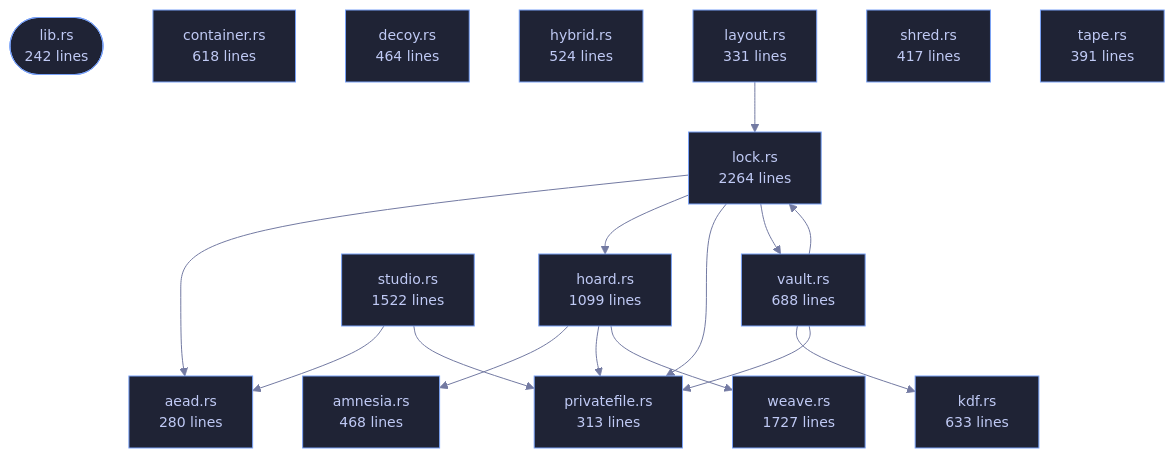
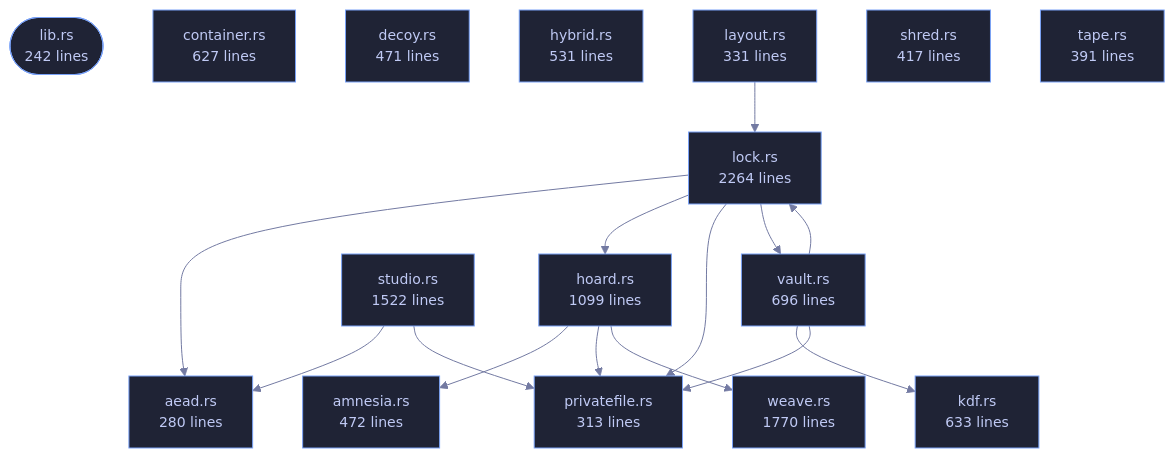
One commit to tilas01/veilvoice changed the diagram in crates/veilvoice-crypto/README.md. Above: the diagram before and after it, drawn with Mermaid. The commit also changed other lines of this file and 130 other files, not shown here.

````diff
--- a/crates/veilvoice-crypto/README.md
+++ b/crates/veilvoice-crypto/README.md
@@ -108,49 +108,49 @@
 ```mermaid
 %%{init: {"theme":"base","themeVariables":{"background":"#1a1b26","primaryColor":"#1f2335","primaryTextColor":"#c0caf5","primaryBorderColor":"#7aa2f7","secondaryColor":"#16161e","tertiaryColor":"#16161e","lineColor":"#737aa2","textColor":"#c0caf5","mainBkg":"#1f2335","nodeBorder":"#7aa2f7","clusterBkg":"#16161e","clusterBorder":"#2f3549","fontFamily":"ui-monospace, SFMono-Regular, Consolas, monospace","fontSize":"14px"}}}%%
 flowchart TD
     n_lib(["lib.rs<br/>242 lines"])
     n_aead["aead.rs<br/>280 lines"]
-    n_amnesia["amnesia.rs<br/>468 lines"]
-    n_container["container.rs<br/>618 lines"]
-    n_decoy["decoy.rs<br/>464 lines"]
+    n_amnesia["amnesia.rs<br/>472 lines"]
+    n_container["container.rs<br/>627 lines"]
+    n_decoy["decoy.rs<br/>471 lines"]
     n_hoard["hoard.rs<br/>1099 lines"]
-    n_hybrid["hybrid.rs<br/>524 lines"]
+    n_hybrid["hybrid.rs<br/>531 lines"]
     n_kdf["kdf.rs<br/>633 lines"]
     n_layout["layout.rs<br/>331 lines"]
     n_lock["lock.rs<br/>2264 lines"]
     n_privatefile["privatefile.rs<br/>313 lines"]
     n_shred["shred.rs<br/>417 lines"]
     n_studio["studio.rs<br/>1522 lines"]
     n_tape["tape.rs<br/>391 lines"]
-    n_vault["vault.rs<br/>688 lines"]
-    n_weave["weave.rs<br/>1727 lines"]
+    n_vault["vault.rs<br/>696 lines"]
+    n_weave["weave.rs<br/>1770 lines"]
     n_hoard --> n_amnesia
     n_hoard --> n_privatefile
     n_hoard --> n_weave
     n_layout --> n_lock
     n_lock --> n_aead
     n_lock --> n_hoard
     n_lock --> n_privatefile
     n_lock --> n_vault
     n_studio --> n_aead
     n_studio --> n_privatefile
     n_vault --> n_kdf
     n_vault --> n_lock
     n_vault --> n_privatefile
     click n_lib href "https://github.com/tilas01/veilvoice/blob/main/crates/veilvoice-crypto/src/lib.rs" "open the source"
     click n_aead href "https://github.com/tilas01/veilvoice/blob/main/crates/veilvoice-crypto/src/aead.rs" "open the source"
     click n_amnesia href "https://github.com/tilas01/veilvoice/blob/main/crates/veilvoice-crypto/src/amnesia.rs" "open the source"
     click n_container href "https://github.com/tilas01/veilvoice/blob/main/crates/veilvoice-crypto/src/container.rs" "open the source"
     click n_decoy href "https://github.com/tilas01/veilvoice/blob/main/crates/veilvoice-crypto/src/decoy.rs" "open the source"
     click n_hoard href "https://github.com/tilas01/veilvoice/blob/main/crates/veilvoice-crypto/src/hoard.rs" "open the source"
     click n_hybrid href "https://github.com/tilas01/veilvoice/blob/main/crates/veilvoice-crypto/src/hybrid.rs" "open the source"
     click n_kdf href "https://github.com/tilas01/veilvoice/blob/main/crates/veilvoice-crypto/src/kdf.rs" "open the source"
     click n_layout href "https://github.com/tilas01/veilvoice/blob/main/crates/veilvoice-crypto/src/layout.rs" "open the source"
     click n_lock href "https://github.com/tilas01/veilvoice/blob/main/crates/veilvoice-crypto/src/lock.rs" "open the source"
     click n_privatefile href "https://github.com/tilas01/veilvoice/blob/main/crates/veilvoice-crypto/src/privatefile.rs" "open the source"
     click n_shred href "https://github.com/tilas01/veilvoice/blob/main/crates/veilvoice-crypto/src/shred.rs" "open the source"
     click n_studio href "https://github.com/tilas01/veilvoice/blob/main/crates/veilvoice-crypto/src/studio.rs" "open the source"
     click n_tape href "https://github.com/tilas01/veilvoice/blob/main/crates/veilvoice-crypto/src/tape.rs" "open the source"
     click n_vault href "https://github.com/tilas01/veilvoice/blob/main/crates/veilvoice-crypto/src/vault.rs" "open the source"
     click n_weave href "https://github.com/tilas01/veilvoice/blob/main/crates/veilvoice-crypto/src/weave.rs" "open the source"
 ```
````
